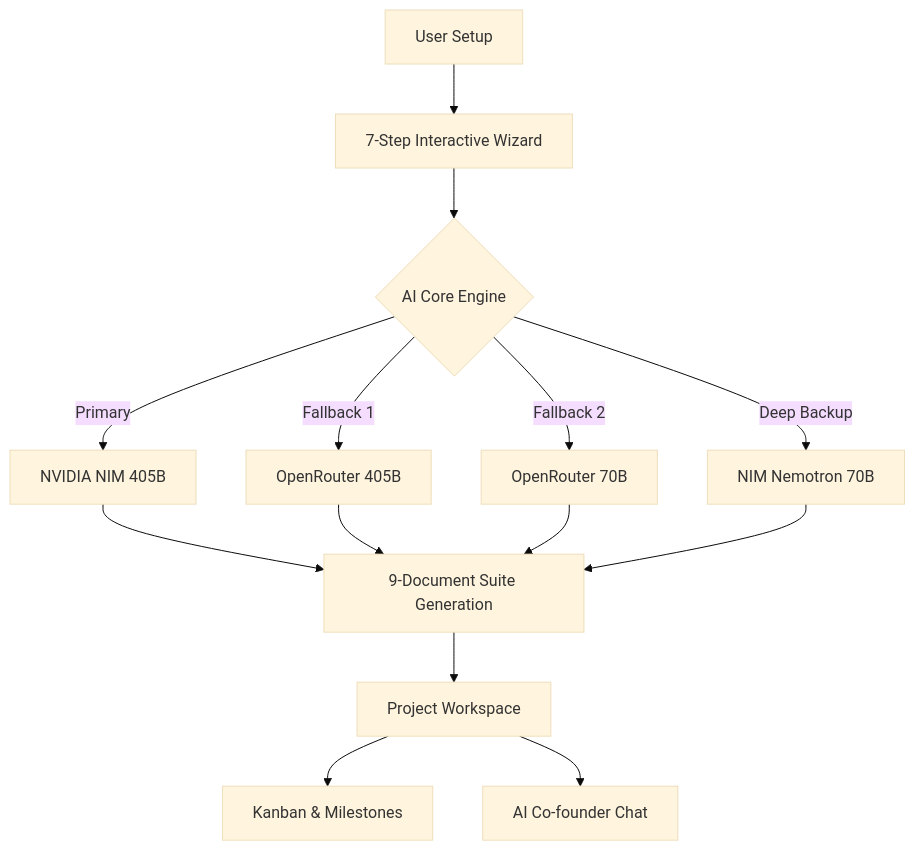
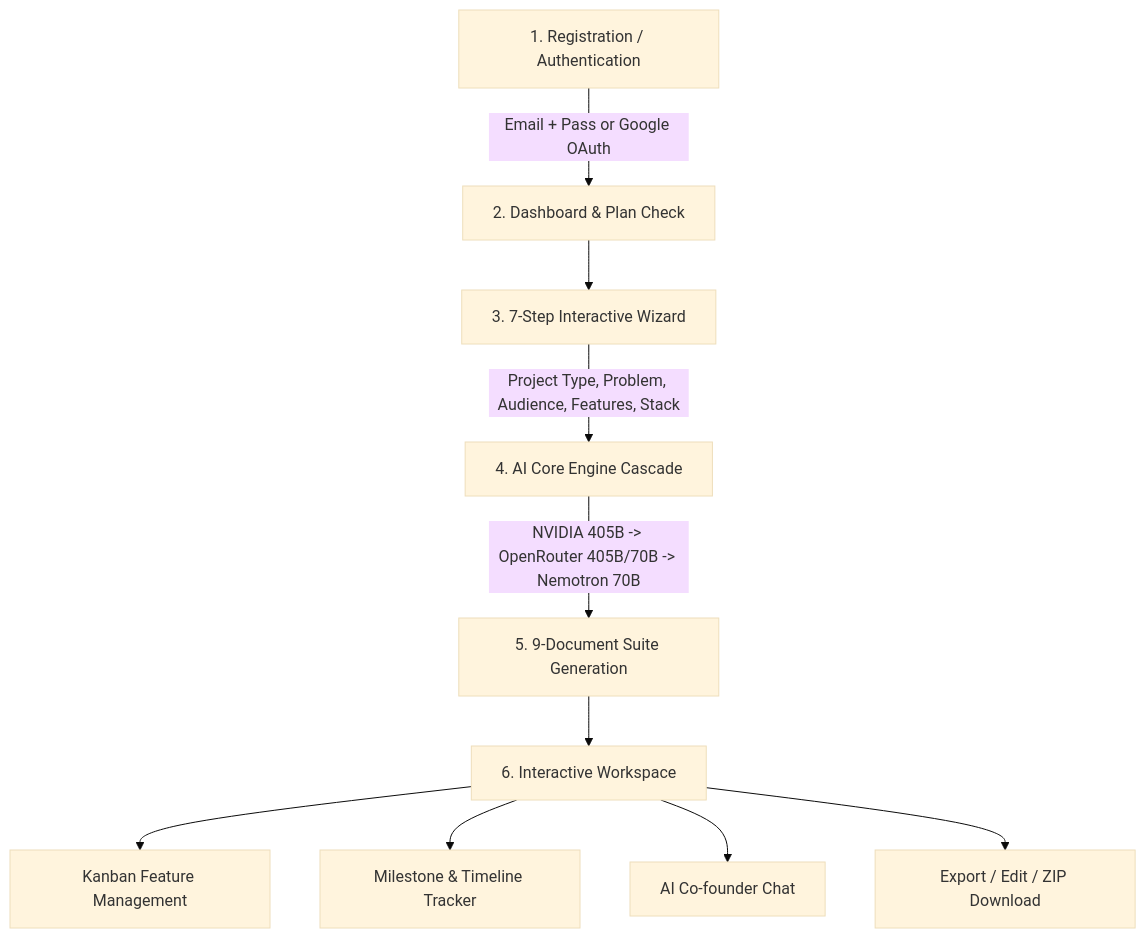
The diagram in README.md (Konete326/AiDocs), drawn with Mermaid (base theme) before and after one commit. The commit also changed other lines of this file and 24 other files, not shown here.

````diff
--- a/README.md
+++ b/README.md
@@ -16,13 +19,12 @@
 ```mermaid
 graph TD
-    A[User Setup] --> B[7-Step Interactive Wizard]
-    B --> C{AI Core Engine}
-    C -->|Primary| D[NVIDIA NIM 405B]
-    C -->|Fallback 1| E[OpenRouter 405B]
-    C -->|Fallback 2| F[OpenRouter 70B]
-    C -->|Deep Backup| G[NIM Nemotron 70B]
-    D & E & F & G --> H[9-Document Suite Generation]
-    H --> I[Project Workspace]
-    I --> J[Kanban & Milestones]
-    I --> K[AI Co-founder Chat]
+    A[1. Registration / Authentication] -->|Email + Pass or Google OAuth| B[2. Dashboard & Plan Check]
+    B --> C[3. 7-Step Interactive Wizard]
+    C -->|Project Type, Problem, Audience, Features, Stack| D[4. AI Core Engine Cascade]
+    D -->|NVIDIA 405B -> OpenRouter 405B/70B -> Nemotron 70B| E[5. 9-Document Suite Generation]
+    E --> F[6. Interactive Workspace]
+    F --> G[Kanban Feature Management]
+    F --> H[Milestone & Timeline Tracker]
+    F --> I[AI Co-founder Chat]
+    F --> J[Export / Edit / ZIP Download]
 ```
````
